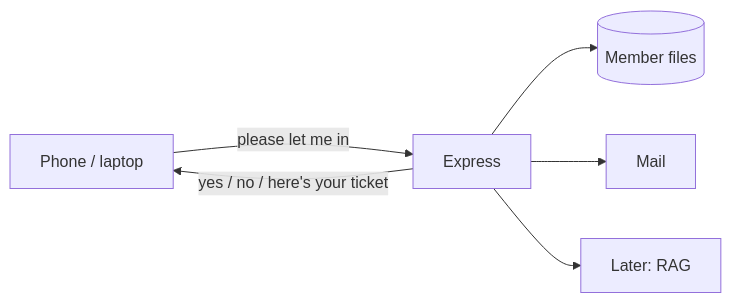
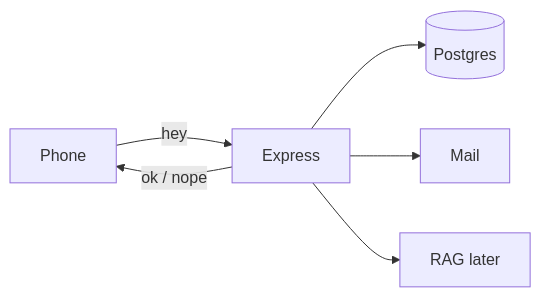
One commit to sreecharan-desu/hackx-slides changed the diagram in content/tracks/backend-from-zero/lessons/02-backend-like-youre-5.md. Above: the diagram before and after it, drawn with Mermaid. The commit also changed other lines of this file and 35 other files, not shown here.

````diff
--- a/content/tracks/backend-from-zero/lessons/02-backend-like-youre-5.md
+++ b/content/tracks/backend-from-zero/lessons/02-backend-like-youre-5.md
@@ -12,8 +12,8 @@
 ```mermaid
 flowchart LR
-  C[Phone / laptop] -->|please let me in| E[Express]
-  E --> D[(Member files)]
+  C[Phone] -->|hey| E[Express]
+  E --> D[(Postgres)]
   E --> S[Mail]
-  E --> R[Later: RAG]
-  E -->|yes / no / here's your ticket| C
+  E --> R[RAG later]
+  E -->|ok / nope| C
 ```
````
